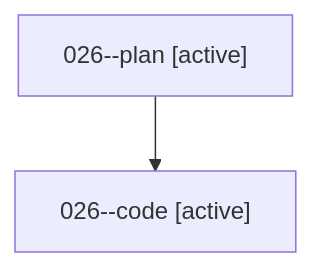
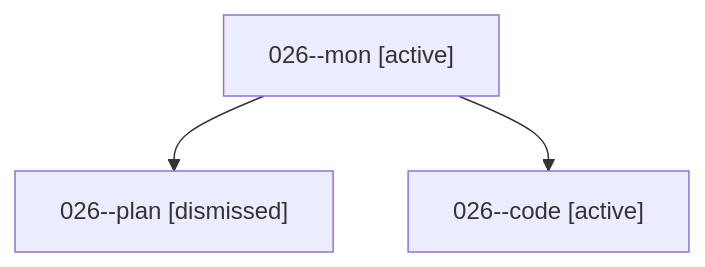
The diagram in families/bbugyi200.athena.026.md (sase-org/sase--agents), drawn with Mermaid before and after one commit. The commit also changed other lines of this file and 46 other files, not shown here.

````diff
--- a/families/bbugyi200.athena.026.md
+++ b/families/bbugyi200.athena.026.md
@@ -9,6 +9,8 @@
 ```mermaid
 flowchart TD
-  n0["026--plan [active]"]
-  n1["026--code [active]"]
+  n0["026--mon [active]"]
+  n1["026--plan [dismissed]"]
   n0 --> n1
+  n2["026--code [active]"]
+  n0 --> n2
 ```
````
